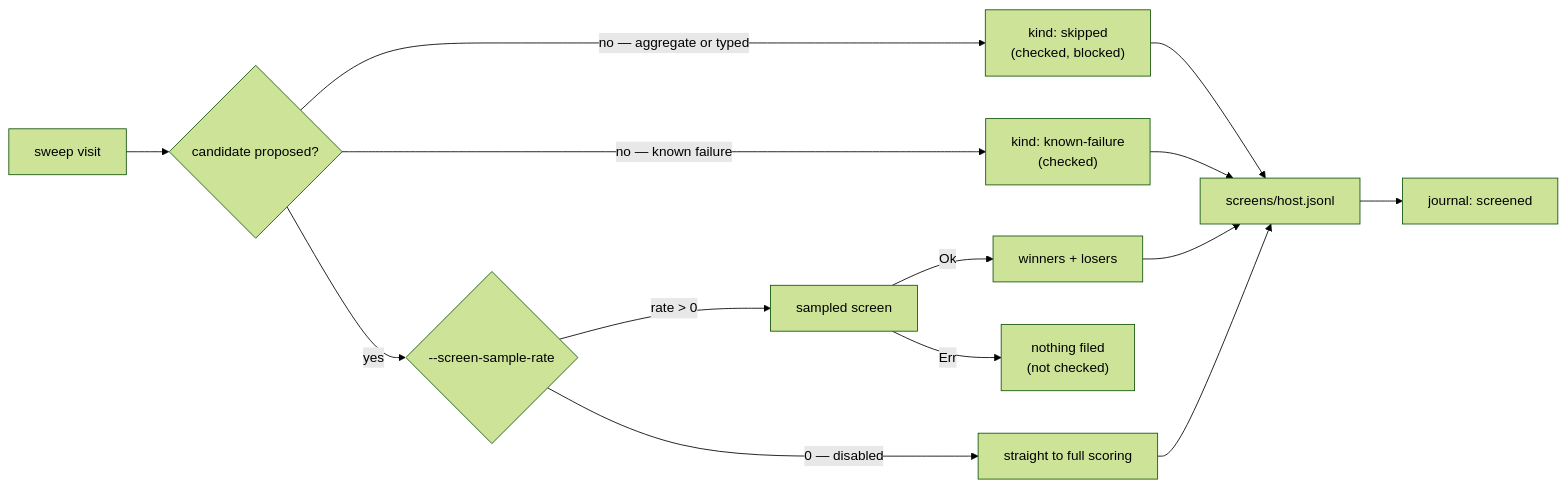
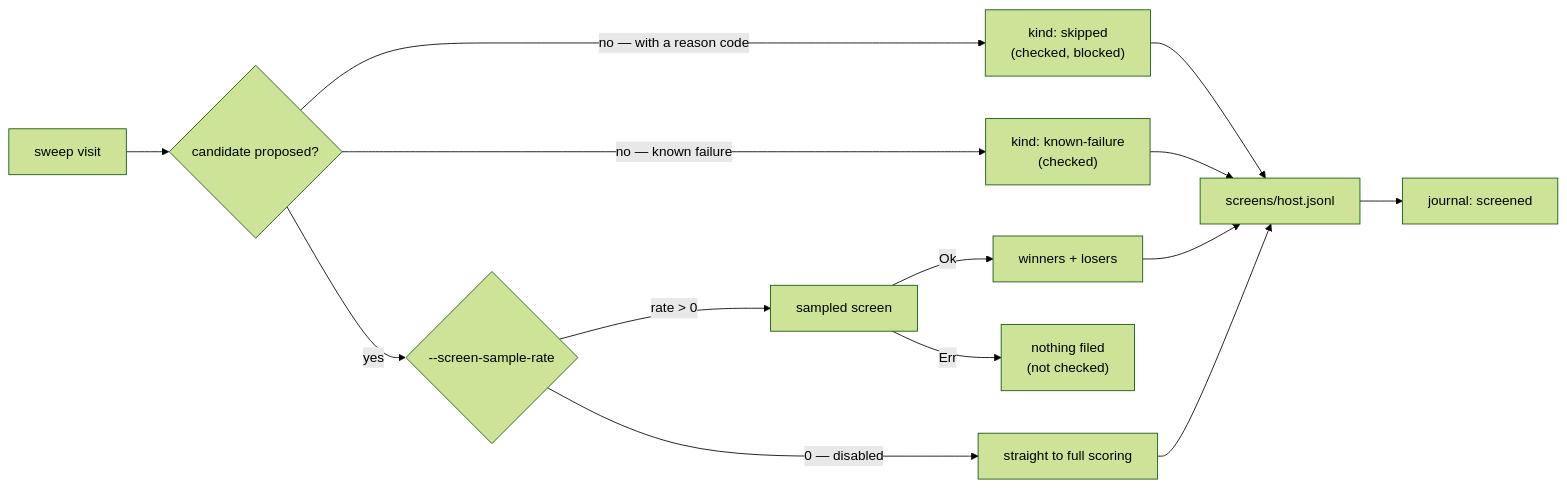
Before and after one commit to stSoftwareAU/NEAT-AI-Ockham: the third of 12 diagrams in README.md, drawn with Mermaid (forest theme). The commit also changed other lines of this file and 18 other files, not shown here.

Commit message:
Break down blocked neurons by reason and attack the largest pruneable category first (Issue #103) (#114)

````diff
--- a/README.md
+++ b/README.md
@@ -396,16 +416,16 @@
 ```mermaid
 flowchart LR
     V[sweep visit] --> Q{"candidate proposed?"}
-    Q -->|"no — aggregate or typed"| K["kind: skipped<br/>(checked, blocked)"]
+    Q -->|"no — with a reason code"| K["kind: skipped<br/>(checked, blocked)"]
     Q -->|"no — known failure"| F["kind: known-failure<br/>(checked)"]
     Q -->|yes| S{"--screen-sample-rate"}
     S -->|"rate > 0"| C[sampled screen]
     C -->|Ok| W[winners + losers]
     C -->|Err| N["nothing filed<br/>(not checked)"]
     S -->|"0 — disabled"| D[straight to full scoring]
     K --> R["screens/host.jsonl"]
     F --> R
     W --> R
     D --> R
     R --> J["journal: screened"]
 ```
````
